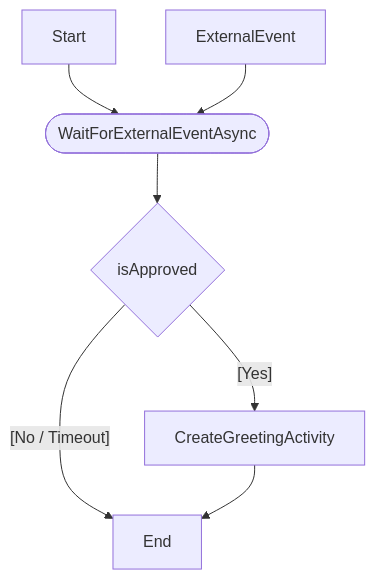
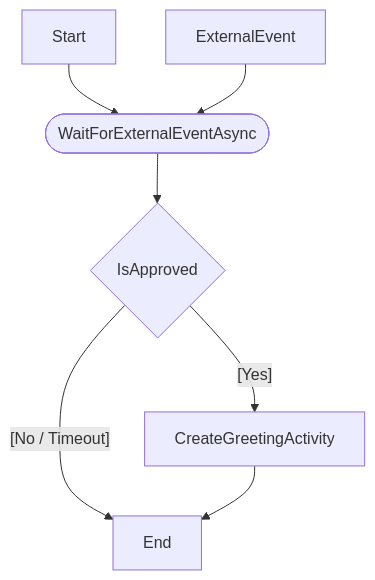
Before and after one commit to diagrid-labs/dapr-workflow-demos: the sixth of 8 diagrams in README.md, drawn with Mermaid. The commit also changed other lines of this file, not shown here.

Commit message:
Fix capitalization

````diff
--- a/README.md
+++ b/README.md
@@ -357,15 +357,15 @@
 ```mermaid
 graph TB
     A[Start]
     B([WaitForExternalEventAsync])
-    C{isApproved}
+    C{IsApproved}
     D[CreateGreetingActivity]
     F[ExternalEvent]
     E[End]
     A --> B
     F --> B
     B --> C
     C -->|"[Yes]"| D
     C -->|"[No / Timeout]"| E
     D --> E
 ```
````
